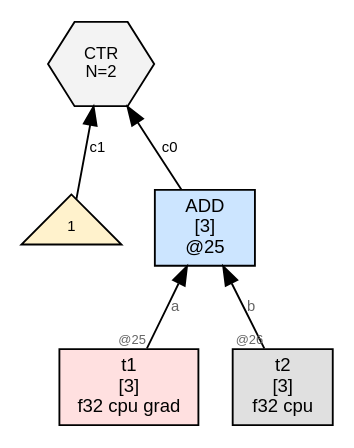
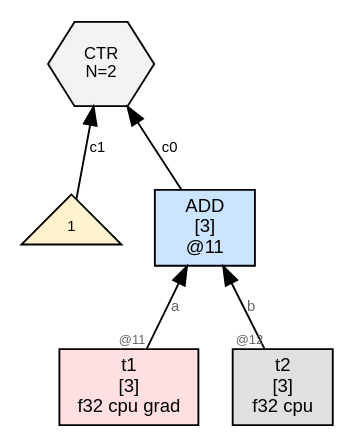
The diagram in wl/examples/thvm_graphs/grad_rules/add/thvm_2_post_sweep.dot (sw1sh/TinyHVM), drawn with Graphviz before and after one commit. The commit also changed 210 other files, not shown here.

```diff
--- a/wl/examples/thvm_graphs/grad_rules/add/thvm_2_post_sweep.dot
+++ b/wl/examples/thvm_graphs/grad_rules/add/thvm_2_post_sweep.dot
@@ -1,15 +1,15 @@
 digraph G {
   rankdir=BT;
   node [fontname="Helvetica", fontsize=10, style=filled, shape=box, margin="0.1,0.05"];
   edge [fontsize=8, fontname="Helvetica"];
 
-  n25 [label="ADD\n[3]\n@25", shape=box, fillcolor="#cce5ff"];
+  n11 [label="ADD\n[3]\n@11", shape=box, fillcolor="#cce5ff"];
   t1 [label="t1\n[3]\nf32 cpu grad",shape=box,fillcolor="#ffe0e0"];
-  t1 -> n25 [label="a",taillabel="@25",labelfontsize=7,fontcolor="#666666"];
+  t1 -> n11 [label="a",taillabel="@11",labelfontsize=7,fontcolor="#666666"];
   t2 [label="t2\n[3]\nf32 cpu",shape=box,fillcolor="#e0e0e0"];
-  t2 -> n25 [label="b",taillabel="@26",labelfontsize=7,fontcolor="#666666"];
-  ctr23 [label="CTR\nN=2", shape=hexagon, fillcolor="#f3f3f3", fontsize=9];
-  n25 -> ctr23 [label="c0"];
-  num_ctr23_24 [label="1",shape=triangle,fillcolor="#fff2cc",fontsize=8];
-  num_ctr23_24 -> ctr23 [label="c1"];
+  t2 -> n11 [label="b",taillabel="@12",labelfontsize=7,fontcolor="#666666"];
+  ctr6 [label="CTR\nN=2", shape=hexagon, fillcolor="#f3f3f3", fontsize=9];
+  n11 -> ctr6 [label="c0"];
+  num_ctr6_7 [label="1",shape=triangle,fillcolor="#fff2cc",fontsize=8];
+  num_ctr6_7 -> ctr6 [label="c1"];
 }
```
